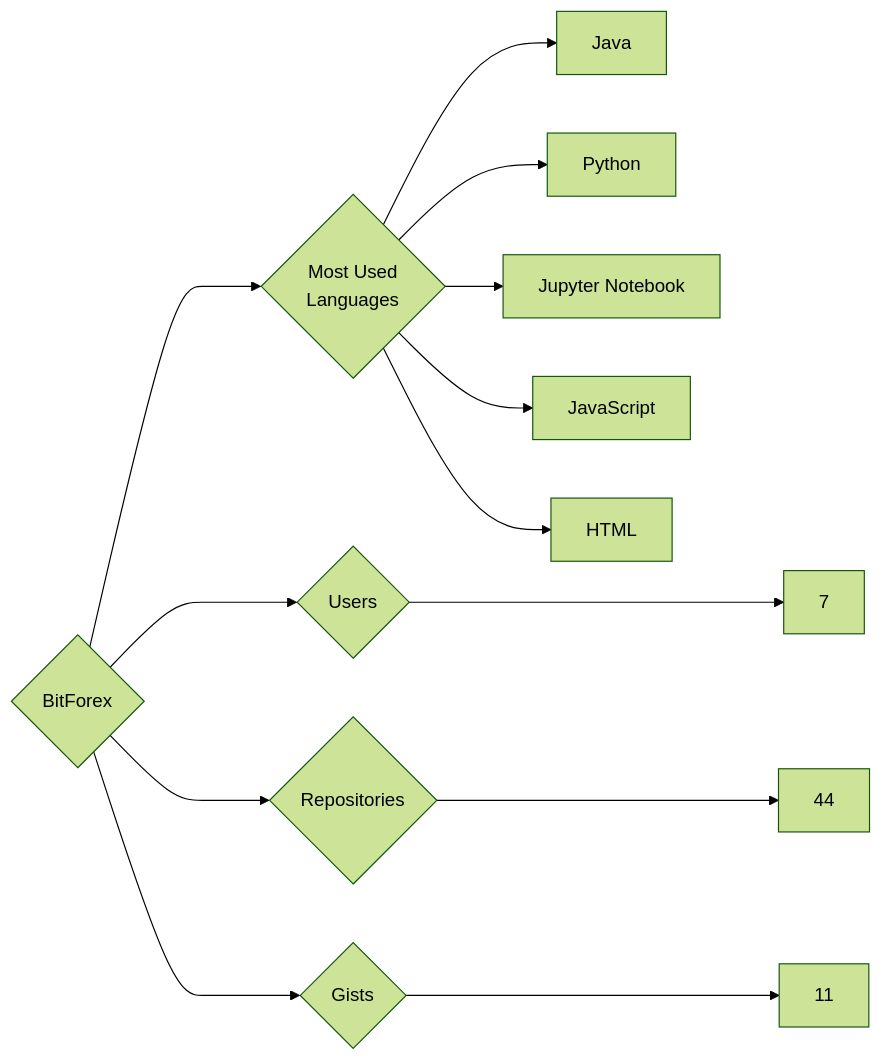
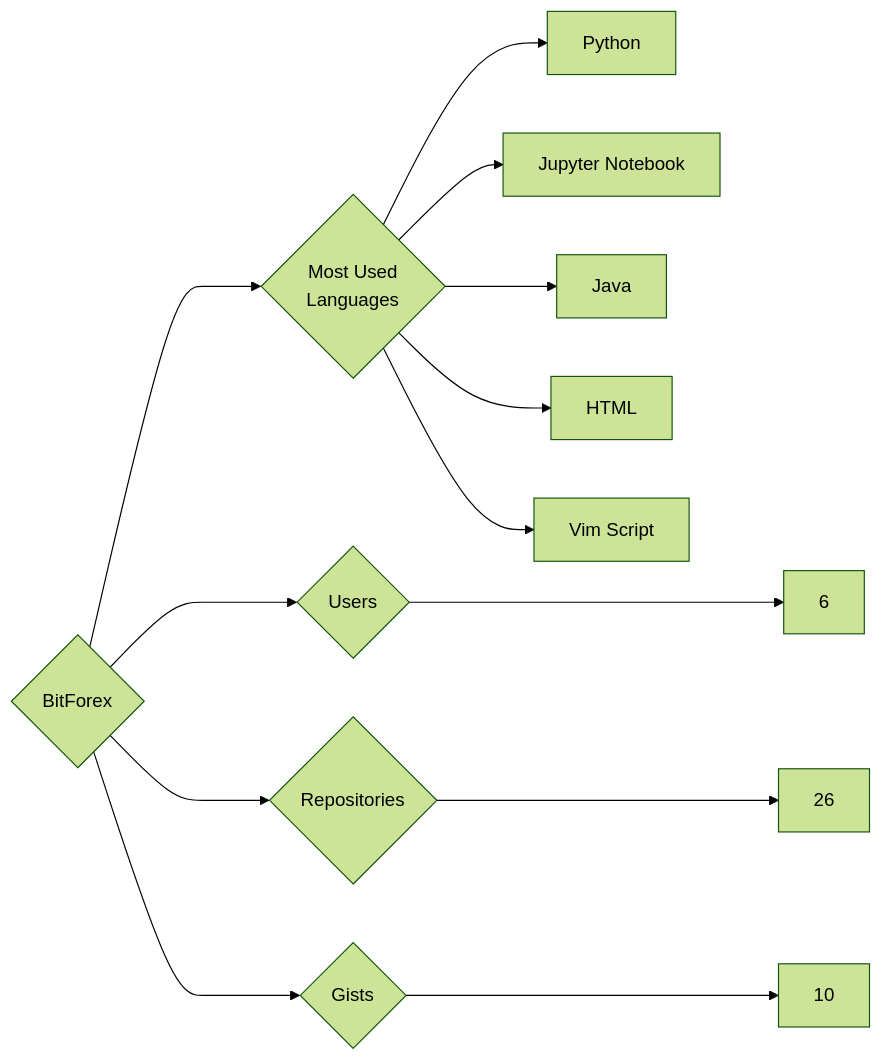
One commit to trickest/insiders changed the diagram in targets/BitForex/README.md. Above: the diagram before and after it, drawn with Mermaid (forest theme). The commit also changed 1055 other files, not shown here.

````diff
--- a/targets/BitForex/README.md
+++ b/targets/BitForex/README.md
@@ -3,13 +3,13 @@
 ```mermaid
 graph LR
 COMPANY_NAME{BitForex}
-COMPANY_NAME ---> U{Users} ---> UN[7]
-COMPANY_NAME ---> R{Repositories} ---> RN[44]
-COMPANY_NAME ---> G{Gists} ---> GN[11]
+COMPANY_NAME ---> U{Users} ---> UN[6]
+COMPANY_NAME ---> R{Repositories} ---> RN[26]
+COMPANY_NAME ---> G{Gists} ---> GN[10]
 COMPANY_NAME ---> ML{Most Used<br>Languages}
-ML --> Java[Java]
 ML --> Python[Python]
 ML --> Jupyter_Notebook[Jupyter Notebook]
-ML --> JavaScript[JavaScript]
+ML --> Java[Java]
 ML --> HTML[HTML]
+ML --> Vim_Script[Vim Script]
 ```
````
